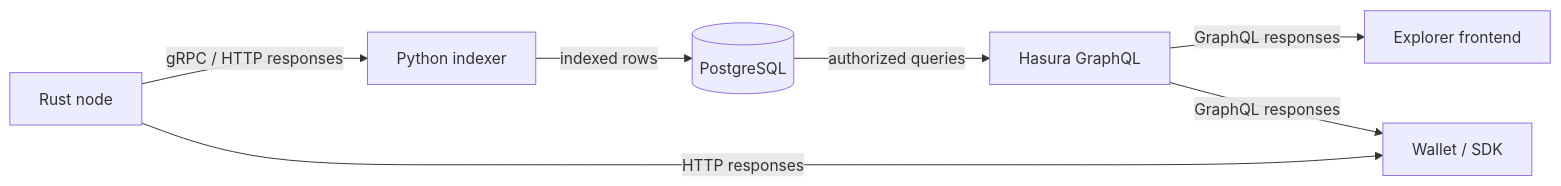
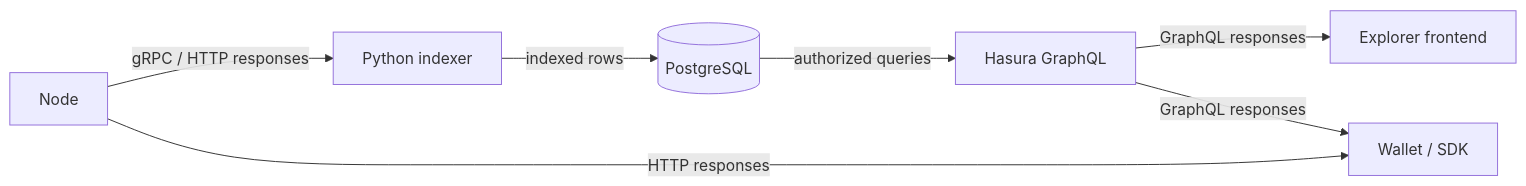
The first of 2 diagrams in architecture/data-flow/index.md (asi-alliance/asi-chain-docs-portal), drawn with Mermaid before and after one commit. The commit also changed other lines of this file and 4 other files, not shown here.

Commit message:
[AS-913] Rewrite architecture overview, topology, data flow and node pages

````diff
--- a/architecture/data-flow/index.md
+++ b/architecture/data-flow/index.md
@@ -3,9 +5,9 @@
 ```mermaid
 flowchart LR
-  Node[Rust node] -->|gRPC / HTTP responses| Indexer[Python indexer]
+  Node[Node] -->|gRPC / HTTP responses| Indexer[Python indexer]
   Indexer -->|indexed rows| PG[(PostgreSQL)]
   PG -->|authorized queries| Hasura[Hasura GraphQL]
   Hasura -->|GraphQL responses| Explorer[Explorer frontend]
   Hasura -->|GraphQL responses| Wallet[Wallet / SDK]
   Node -->|HTTP responses| Wallet
 ```
````
